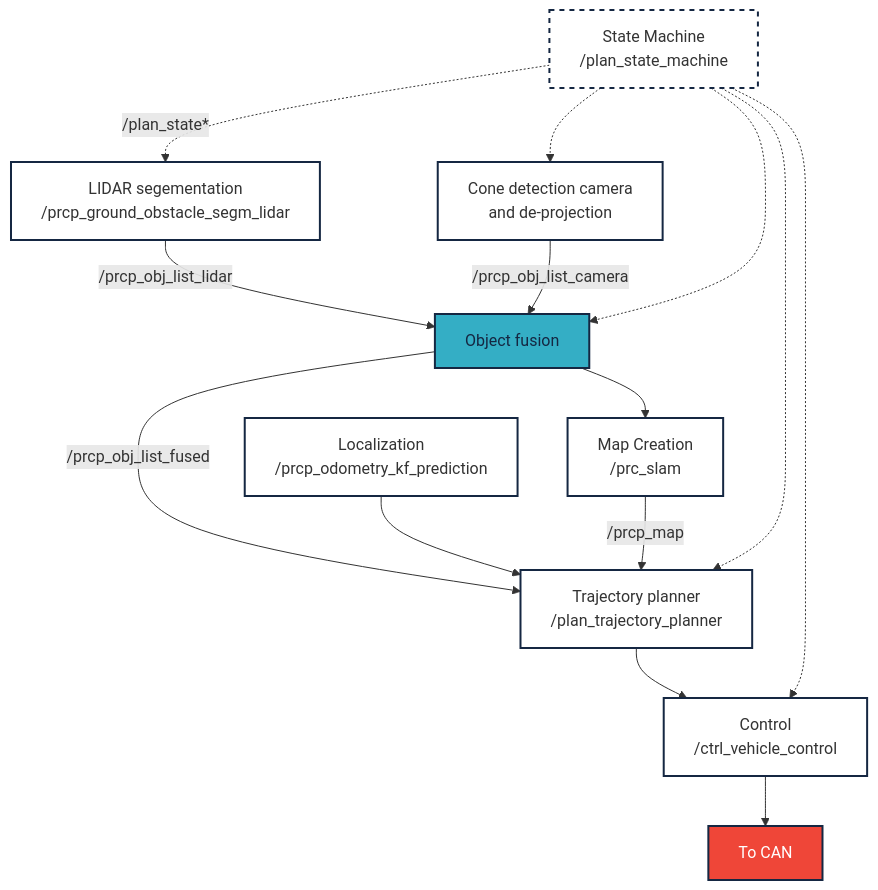
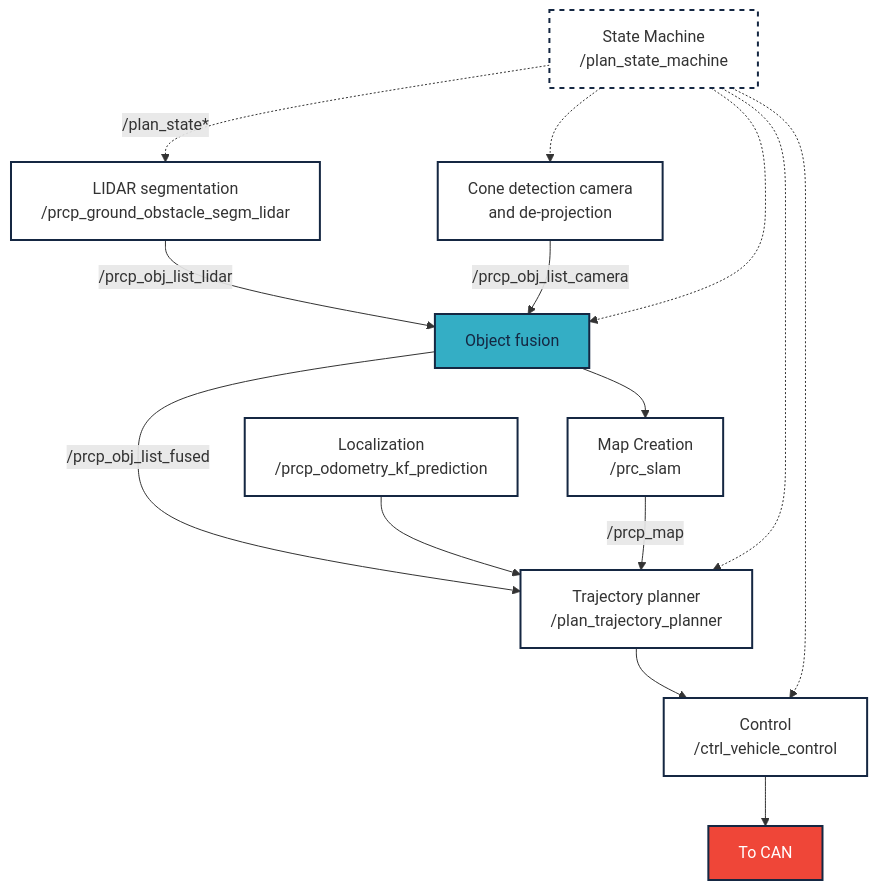
One commit to sze-info/avr changed the ninth of 10 diagrams in docs/self_paced/mermaid.md. Above: the diagram before and after it, drawn with Mermaid. The commit also changed other lines of this file and 2 other files, not shown here.

Commit message:
Mermaid page updated

````diff
--- a/docs/self_paced/mermaid.md
+++ b/docs/self_paced/mermaid.md
@@ -304,26 +292,26 @@
 ```mermaid
 flowchart TD
-    S[State Machine <br>/plan_state_machine] -.->|/plan_state*| LS[LIDAR segementation<br>/prcp_ground_obstacle_segm_lidar]
+    S[State Machine <br>/plan_state_machine] -.->|/plan_state*| LS[LIDAR segmentation<br>/prcp_ground_obstacle_segm_lidar]
     S -.-> CS[Cone detection camera<br> and de-projection]
     S -.-> O[Object fusion]
     CS -->|/prcp_obj_list_camera| O
     LS -->|/prcp_obj_list_lidar| O
     O -->|/prcp_obj_list_fused| T[Trajectory planner<br>/plan_trajectory_planner]
     T --> C[Control<br>/ctrl_vehicle_control]
     S -.-> T
     S -.-> C
     O --> M[Map Creation<br>/prc_slam]
     M -->|/prcp_map| T
     L[Localization<br>/prcp_odometry_kf_prediction] --> T
     C --> CAN[To CAN]
     classDef light fill:#34aec5,stroke:#152742,stroke-width:2px,color:#152742  
     classDef dark fill:#152742,stroke:#34aec5,stroke-width:2px,color:#34aec5
     classDef white fill:#ffffff,stroke:#152742,stroke-width:2px,color:#15274
     classDef dash fill:#ffffff,stroke:#152742,stroke-width:2px,color:#15274, stroke-dasharray: 5 5
     classDef red fill:#ef4638,stroke:#152742,stroke-width:2px,color:#fff
     classDef green fill:#138b7b,stroke:#152742,stroke-width:2px,color:#fff
     class CS,LS,L,T,M,C white
     class O light
     class S dash
     class CAN red
-``` 
+```
````
